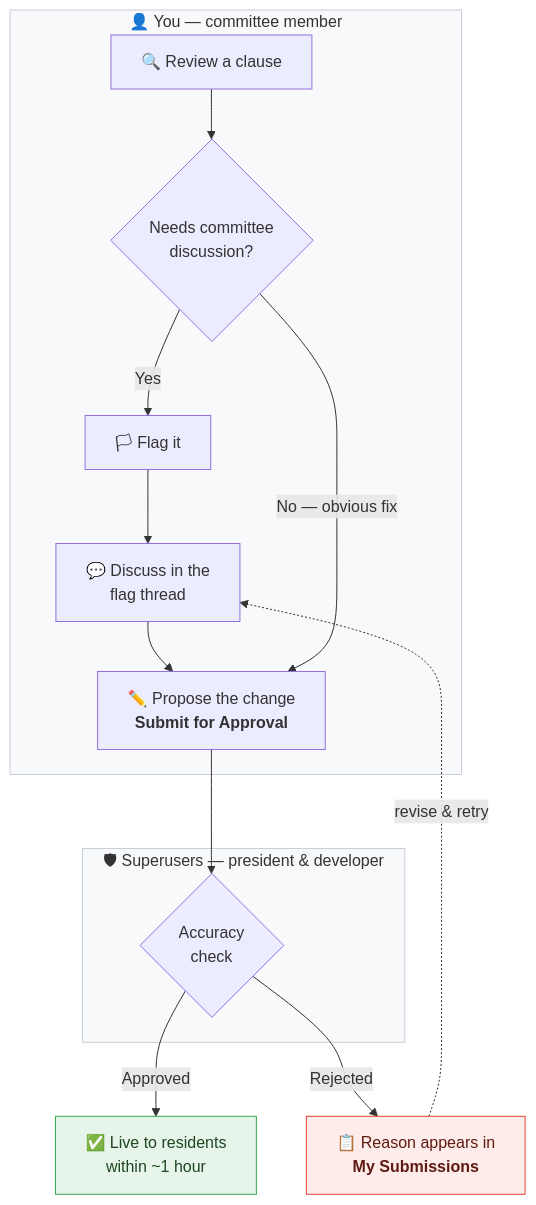
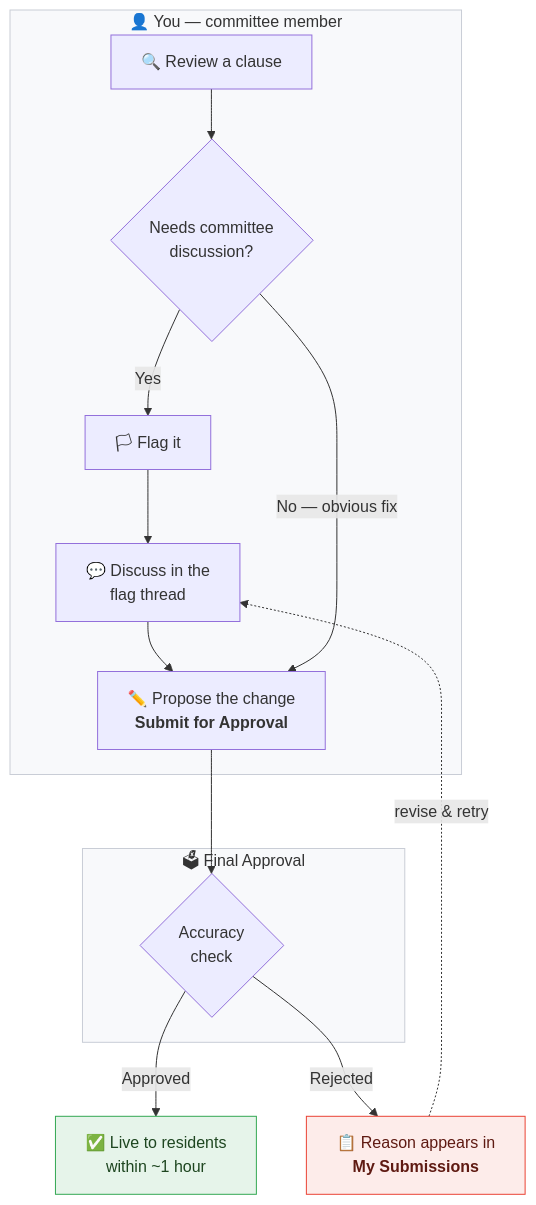
One commit to tmasters2876/hoa-backend changed the diagram in MEMBER_WORKFLOW.md. Above: the diagram before and after it, drawn with Mermaid. The commit also changed other lines of this file and 7 other files, not shown here.

````diff
--- a/MEMBER_WORKFLOW.md
+++ b/MEMBER_WORKFLOW.md
@@ -11,23 +11,23 @@
 ```mermaid
 flowchart TD
     subgraph YOU["👤 You — committee member"]
         A["🔍 Review a clause"] --> B{"Needs committee<br/>discussion?"}
         B -->|Yes| C["🏳 Flag it"]
         C --> D["💬 Discuss in the<br/>flag thread"]
         D --> E["✏️ Propose the change<br/><b>Submit for Approval</b>"]
         B -->|"No — obvious fix"| E
     end
 
-    subgraph SUPERUSERS["🛡 Superusers — president & developer"]
+    subgraph APPROVAL["🗳 Final Approval"]
         E --> F{"Accuracy<br/>check"}
     end
 
     F -->|Approved| G["✅ Live to residents<br/>within ~1 hour"]
     F -->|Rejected| H["📋 Reason appears in<br/><b>My Submissions</b>"]
     H -.->|"revise & retry"| D
 
     style G fill:#e6f4ea,stroke:#34a853,color:#1e4620
     style H fill:#fdecea,stroke:#ea4335,color:#5f1a12
     style YOU fill:#f8f9fb,stroke:#c9cdd6
-    style SUPERUSERS fill:#f8f9fb,stroke:#c9cdd6
+    style APPROVAL fill:#f8f9fb,stroke:#c9cdd6
 ```
````
